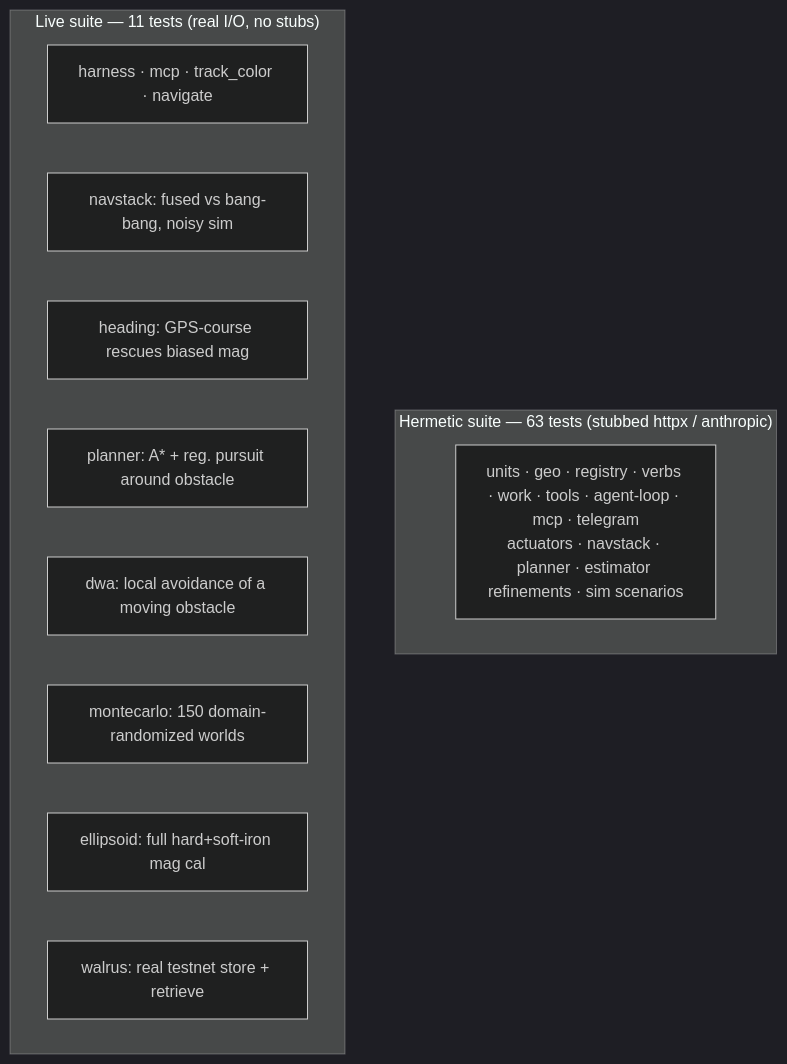
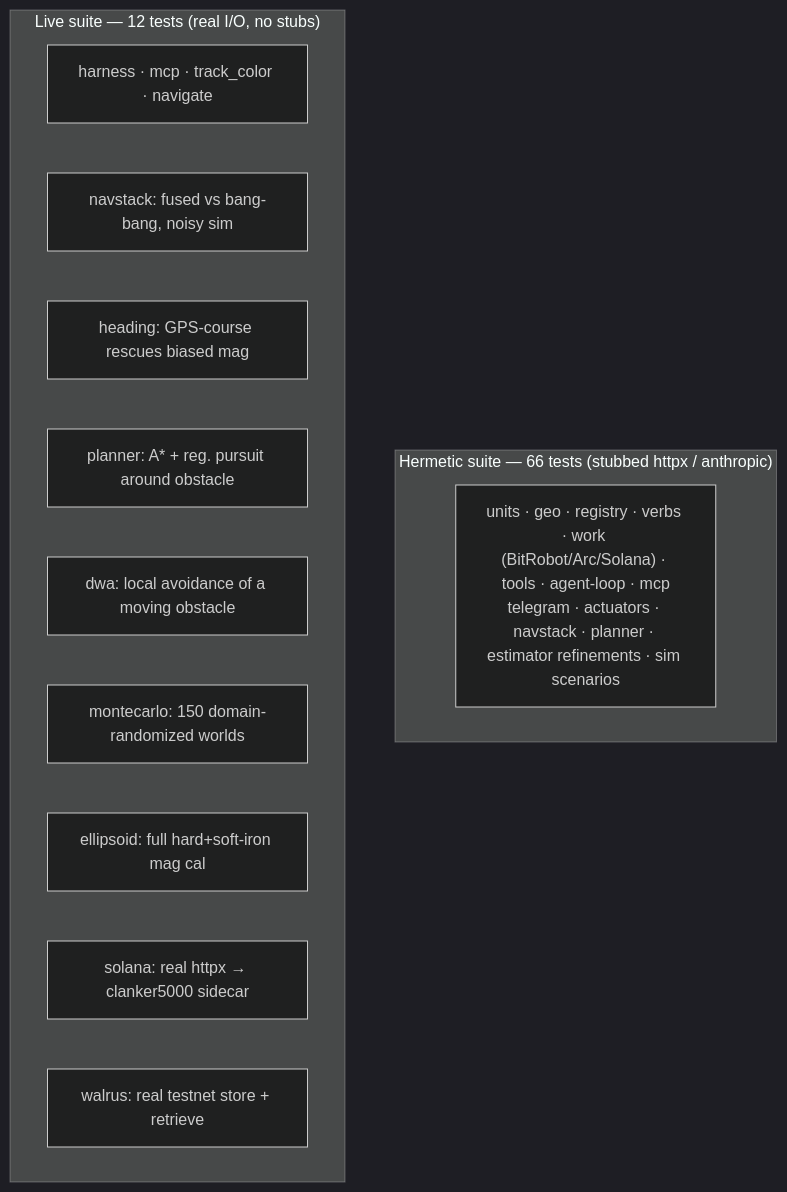
One commit to 0xSoftBoi/mini-plus-agent-kit changed diagram 17 of 17 in docs/ARCHITECTURE.md. Above: the diagram before and after it, drawn with Mermaid (dark theme). The commit also changed other lines of this file and 6 other files, not shown here.

First line of the commit message:
feat(work): SolanaRoverSink — anchor robot work on the clanker5000 Solana program

````diff
--- a/docs/ARCHITECTURE.md
+++ b/docs/ARCHITECTURE.md
@@ -672,16 +683,17 @@
 ```mermaid
 flowchart TB
-  subgraph H["Hermetic suite &mdash; 63 tests (stubbed httpx / anthropic)"]
-    HU["units · geo · registry · verbs · work · tools · agent-loop · mcp · telegram<br/>actuators · navstack · planner · estimator refinements · sim scenarios"]
+  subgraph H["Hermetic suite &mdash; 66 tests (stubbed httpx / anthropic)"]
+    HU["units · geo · registry · verbs · work (BitRobot/Arc/Solana) · tools · agent-loop · mcp<br/>telegram · actuators · navstack · planner · estimator refinements · sim scenarios"]
   end
-  subgraph L["Live suite &mdash; 11 tests (real I/O, no stubs)"]
+  subgraph L["Live suite &mdash; 12 tests (real I/O, no stubs)"]
     L1["harness · mcp · track_color · navigate"]
     L5["navstack: fused vs bang-bang, noisy sim"]
     L6["heading: GPS-course rescues biased mag"]
     L7["planner: A* + reg. pursuit around obstacle"]
     L8["dwa: local avoidance of a moving obstacle"]
     L9["montecarlo: 150 domain-randomized worlds"]
     L10["ellipsoid: full hard+soft-iron mag cal"]
-    L11["walrus: real testnet store + retrieve"]
+    L11["solana: real httpx → clanker5000 sidecar"]
+    L12["walrus: real testnet store + retrieve"]
   end
 ```
````
